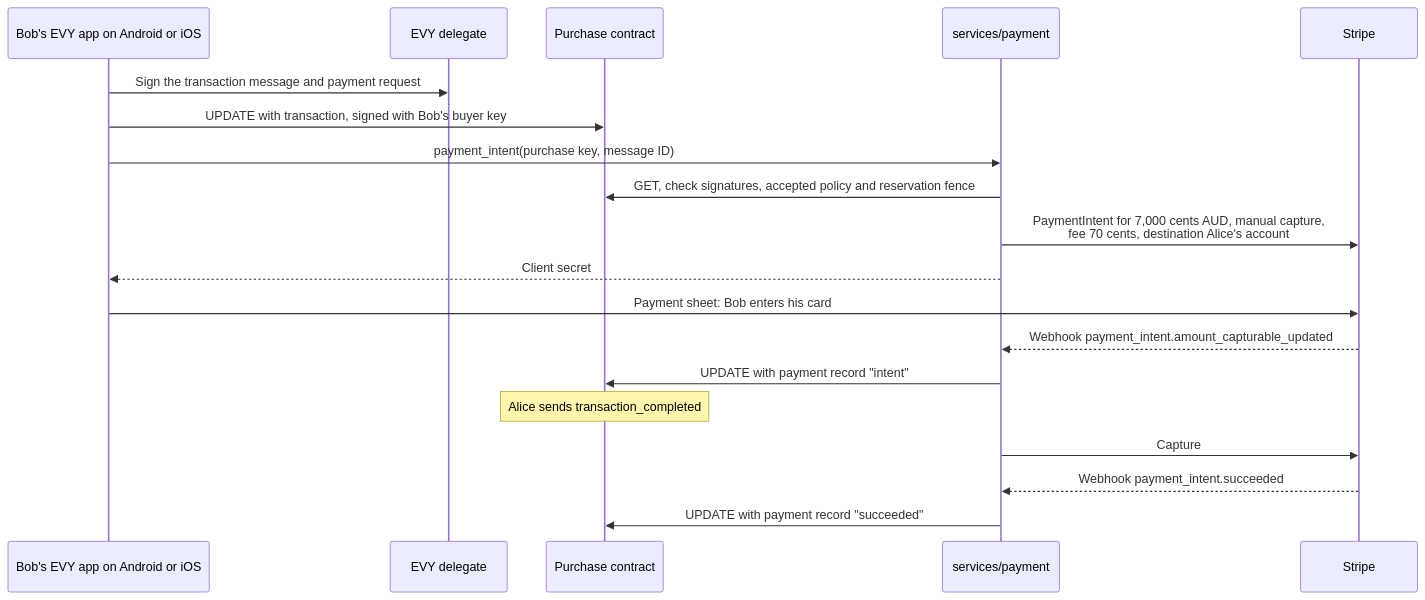
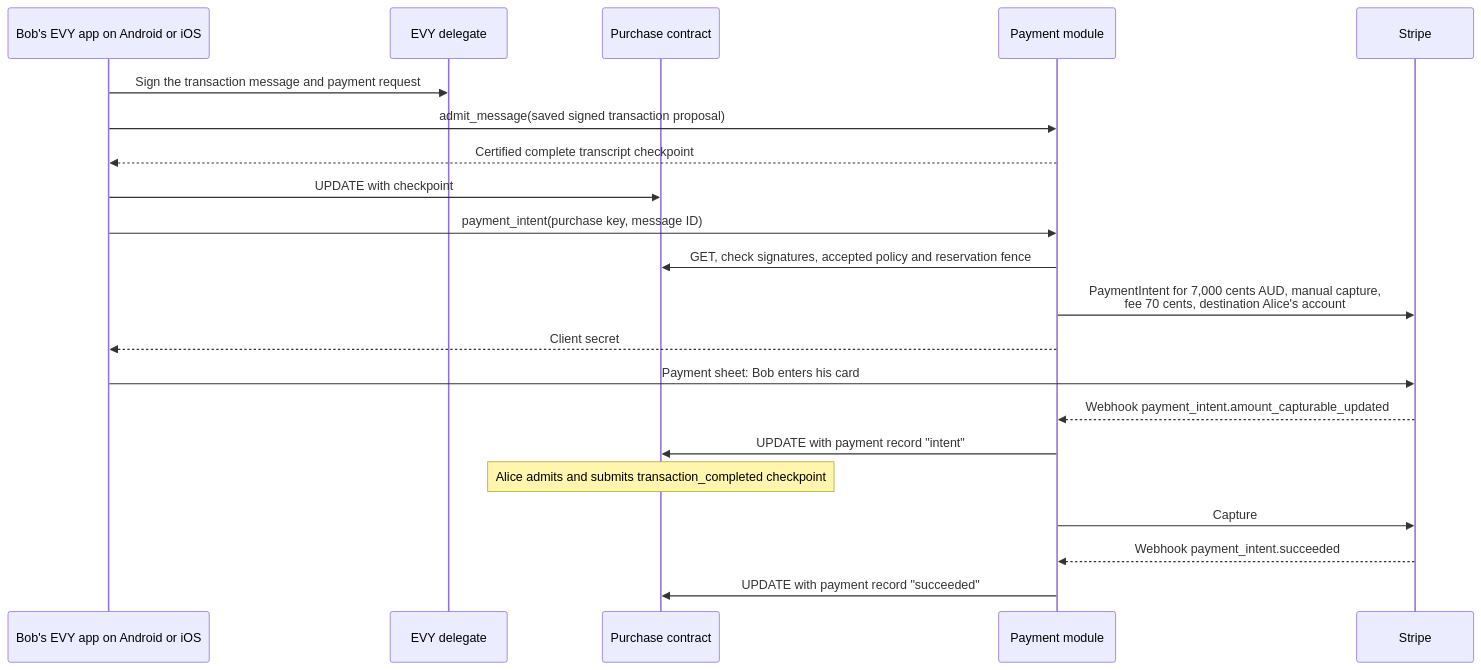
The diagram in 2-evy-on-freenet/06-payments.md (EVY-Platform/evy-freenet-plans), drawn with Mermaid before and after one commit. The commit also changed other lines of this file and 29 other files, not shown here.

````diff
--- a/2-evy-on-freenet/06-payments.md
+++ b/2-evy-on-freenet/06-payments.md
@@ -40,21 +40,23 @@
 ```mermaid
 sequenceDiagram
     participant App as Bob's EVY app on Android or iOS
     participant Del as EVY delegate
     participant P as Purchase contract
-    participant Pay as services/payment
+    participant Pay as Payment module
     participant S as Stripe
     App->>Del: Sign the transaction message and payment request
-    App->>P: UPDATE with transaction, signed with Bob's buyer key
+    App->>Pay: admit_message(saved signed transaction proposal)
+    Pay-->>App: Certified complete transcript checkpoint
+    App->>P: UPDATE with checkpoint
     App->>Pay: payment_intent(purchase key, message ID)
     Pay->>P: GET, check signatures, accepted policy and reservation fence
     Pay->>S: PaymentIntent for 7,000 cents AUD, manual capture,<br>fee 70 cents, destination Alice's account
     Pay-->>App: Client secret
     App->>S: Payment sheet: Bob enters his card
     S-->>Pay: Webhook payment_intent.amount_capturable_updated
     Pay->>P: UPDATE with payment record "intent"
-    Note over P: Alice sends transaction_completed
+    Note over P: Alice admits and submits transaction_completed checkpoint
     Pay->>S: Capture
     S-->>Pay: Webhook payment_intent.succeeded
     Pay->>P: UPDATE with payment record "succeeded"
 ```
````
